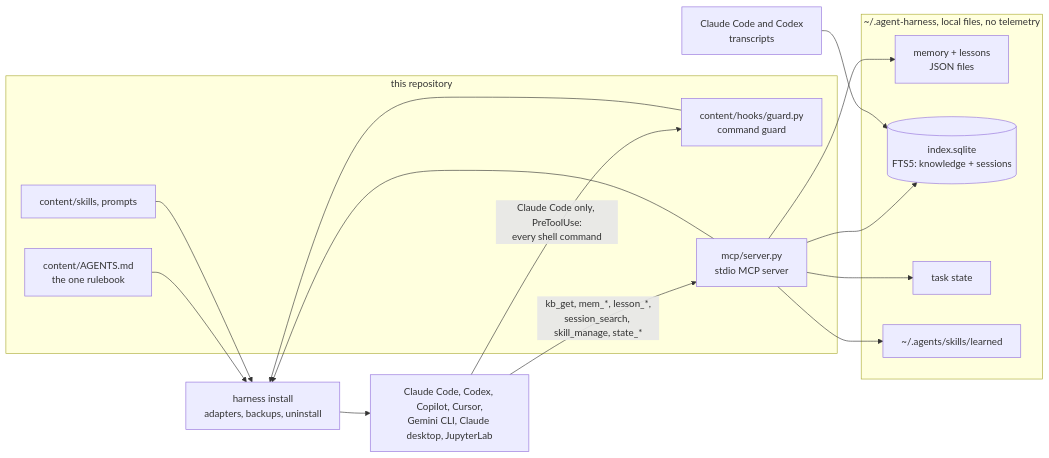
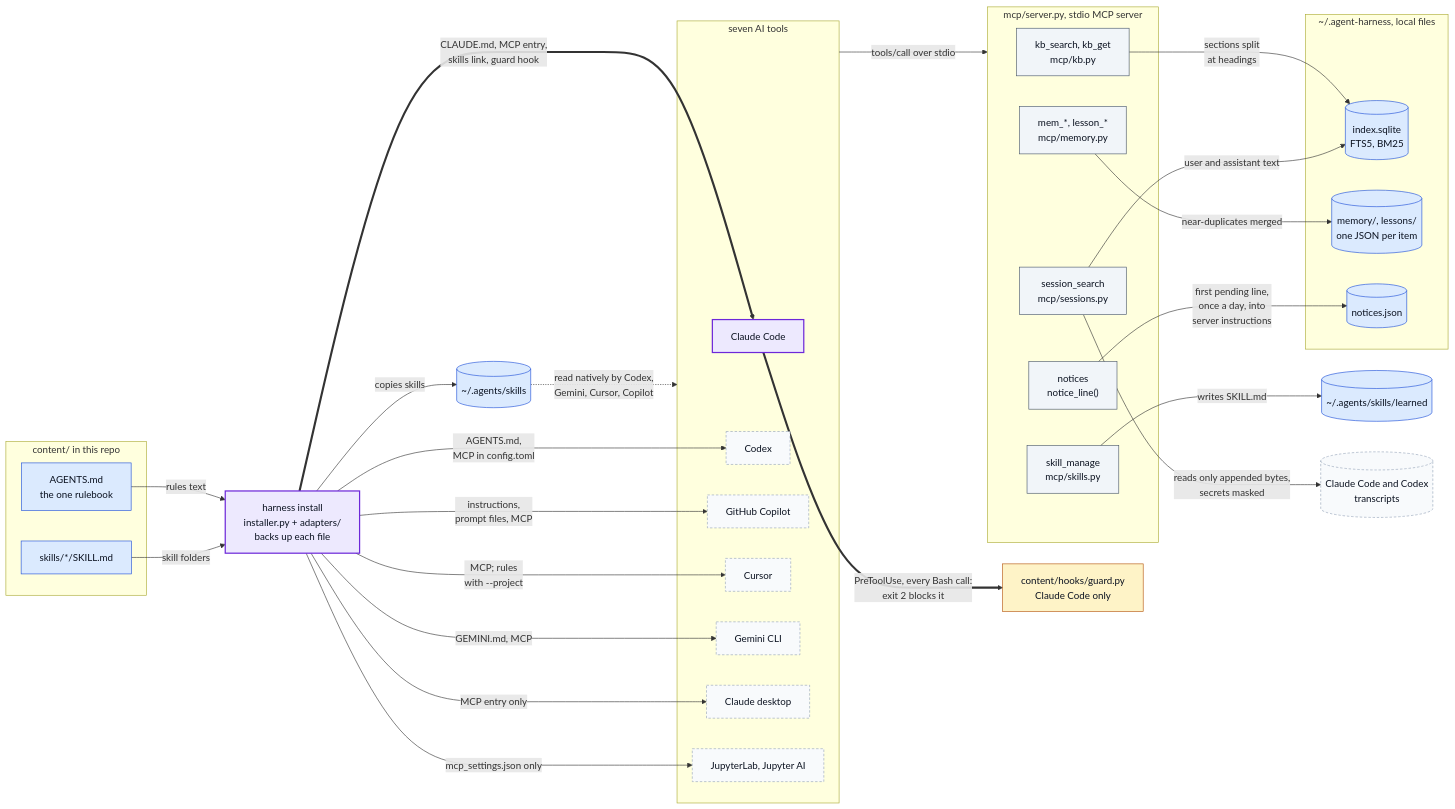
The first of 3 diagrams in README.md (hihihhi/agent-harness), drawn with Mermaid before and after one commit. The commit also changed other lines of this file and 2 other files, not shown here.

First line of the commit message:
docs: overview, guard, eval and history diagrams from the code

````diff
--- a/README.md
+++ b/README.md
@@ -204,28 +12,66 @@
 ```mermaid
 flowchart LR
-    subgraph repo["this repository"]
-        RULES["content/AGENTS.md<br/>the one rulebook"]
-        SKILLS["content/skills, prompts"]
-        GUARD["content/hooks/guard.py<br/>command guard"]
-        MCP["mcp/server.py<br/>stdio MCP server"]
+    subgraph src["content/ in this repo"]
+        RULES["AGENTS.md<br/>the one rulebook"]
+        SKILLS["skills/*/SKILL.md"]
     end
-    INSTALL["harness install<br/>adapters, backups, uninstall"]
-    RULES --> INSTALL
-    SKILLS --> INSTALL
-    GUARD --> INSTALL
-    MCP --> INSTALL
-    INSTALL --> TOOLS["Claude Code, Codex, Copilot, Cursor,<br/>Gemini CLI, Claude desktop, JupyterLab"]
-    TOOLS -- "kb_get, mem_*, lesson_*,<br/>session_search, skill_manage, state_*" --> MCP
-    TOOLS -- "Claude Code only, PreToolUse:<br/>every shell command" --> GUARD
-    subgraph store["~/.agent-harness, local files, no telemetry"]
-        MEM["memory + lessons<br/>JSON files"]
-        IDX[("index.sqlite<br/>FTS5: knowledge + sessions")]
-        STATE["task state"]
-        LEARNED["~/.agents/skills/learned"]
+    INSTALL["harness install<br/>installer.py + adapters/<br/>backs up each file"]
+    AGS[("~/.agents/skills")]
+    subgraph tools["seven AI tools"]
+        CC["Claude Code"]
+        CX["Codex"]
+        CP["GitHub Copilot"]
+        CU["Cursor"]
+        GM["Gemini CLI"]
+        CD["Claude desktop"]
+        JP["JupyterLab, Jupyter AI"]
     end
-    MCP --> MEM
-    MCP --> IDX
-    MCP --> STATE
-    MCP --> LEARNED
-    TRANSCRIPTS["Claude Code and Codex<br/>transcripts"] --> IDX
+    GUARD["content/hooks/guard.py<br/>Claude Code only"]
+    subgraph mcp["mcp/server.py, stdio MCP server"]
+        KB["kb_search, kb_get<br/>mcp/kb.py"]
+        SS["session_search<br/>mcp/sessions.py"]
+        MEM["mem_*, lesson_*<br/>mcp/memory.py"]
+        NT["notices<br/>notice_line()"]
+        SM["skill_manage<br/>mcp/skills.py"]
+    end
+    subgraph store["~/.agent-harness, local files"]
+        IDX[("index.sqlite<br/>FTS5, BM25")]
+        MJ[("memory/, lessons/<br/>one JSON per item")]
+        NJ[("notices.json")]
+    end
+    LRN[("~/.agents/skills/learned")]
+    TR[("Claude Code and Codex<br/>transcripts")]
+
+    RULES -- "rules text" --> INSTALL
+    SKILLS -- "skill folders" --> INSTALL
+    INSTALL == "CLAUDE.md, MCP entry,<br/>skills link, guard hook" ==> CC
+    INSTALL -- "AGENTS.md,<br/>MCP in config.toml" --> CX
+    INSTALL -- "instructions,<br/>prompt files, MCP" --> CP
+    INSTALL -- "MCP; rules<br/>with --project" --> CU
+    INSTALL -- "GEMINI.md, MCP" --> GM
+    INSTALL -- "MCP entry only" --> CD
+    INSTALL -- "mcp_settings.json only" --> JP
+    INSTALL -- "copies skills" --> AGS
+    AGS -. "read natively by Codex,<br/>Gemini, Cursor, Copilot" .-> tools
+    CC == "PreToolUse, every Bash call:<br/>exit 2 blocks it" ==> GUARD
+    tools -- "tools/call over stdio" --> mcp
+    KB -- "sections split<br/>at headings" --> IDX
+    SS -- "reads only appended bytes,<br/>secrets masked" --> TR
+    SS -- "user and assistant text" --> IDX
+    MEM -- "near-duplicates merged" --> MJ
+    SM -- "writes SKILL.md" --> LRN
+    NT -- "first pending line,<br/>once a day, into<br/>server instructions" --> NJ
+
+    classDef data fill:#dbeafe,stroke:#1d4ed8,color:#0b1220
+    classDef step fill:#f1f5f9,stroke:#475569,color:#0b1220
+    classDef gate fill:#fef3c7,stroke:#b45309,color:#0b1220
+    classDef ext  fill:#f8fafc,stroke:#94a3b8,color:#0b1220,stroke-dasharray:4 3
+    classDef key  fill:#ede9fe,stroke:#6d28d9,color:#0b1220,stroke-width:2px
+    class RULES,SKILLS data
+    class AGS,IDX,MJ,NJ,LRN data
+    class KB,MEM,SS,SM,NT step
+    class CX,CP,CU,GM,CD,JP ext
+    class TR ext
+    class INSTALL,CC key
+    class GUARD gate
 ```
````
